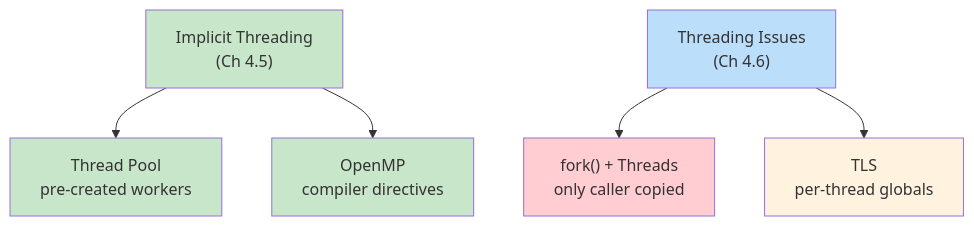
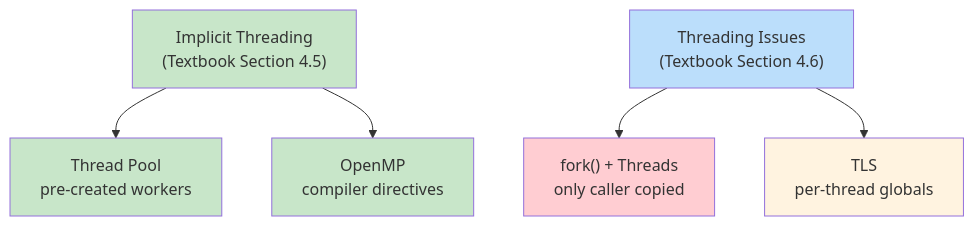
One commit to Choroning/26Spring_Operating-Systems changed the first of 3 diagrams in Lecture-Notes/Week05_Thread-and-Concurrency-2/Concepts_Lab.md. Above: the diagram before and after it, drawn with Mermaid. The commit also changed other lines of this file and 45 other files, not shown here.

````diff
--- a/Lecture-Notes/Week05_Thread-and-Concurrency-2/Concepts_Lab.md
+++ b/Lecture-Notes/Week05_Thread-and-Concurrency-2/Concepts_Lab.md
@@ -37,13 +37,13 @@
 ```mermaid
 graph TD
-    IT["Implicit Threading<br/>(Ch 4.5)"] --> TP["Thread Pool<br/>pre-created workers"]
+    IT["Implicit Threading<br/>(Textbook Section 4.5)"] --> TP["Thread Pool<br/>pre-created workers"]
     IT --> OMP["OpenMP<br/>compiler directives"]
-    TI["Threading Issues<br/>(Ch 4.6)"] --> FK["fork() + Threads<br/>only caller copied"]
+    TI["Threading Issues<br/>(Textbook Section 4.6)"] --> FK["fork() + Threads<br/>only caller copied"]
     TI --> TLS["TLS<br/>per-thread globals"]
     style IT fill:#c8e6c9
     style TI fill:#bbdefb
     style TP fill:#c8e6c9
     style OMP fill:#c8e6c9
     style FK fill:#ffcdd2
     style TLS fill:#fff3e0
 ```
````
